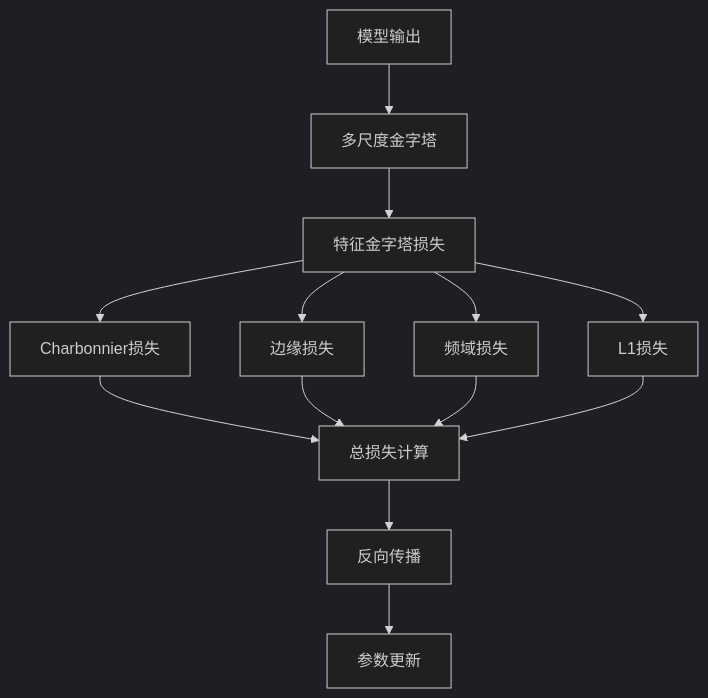
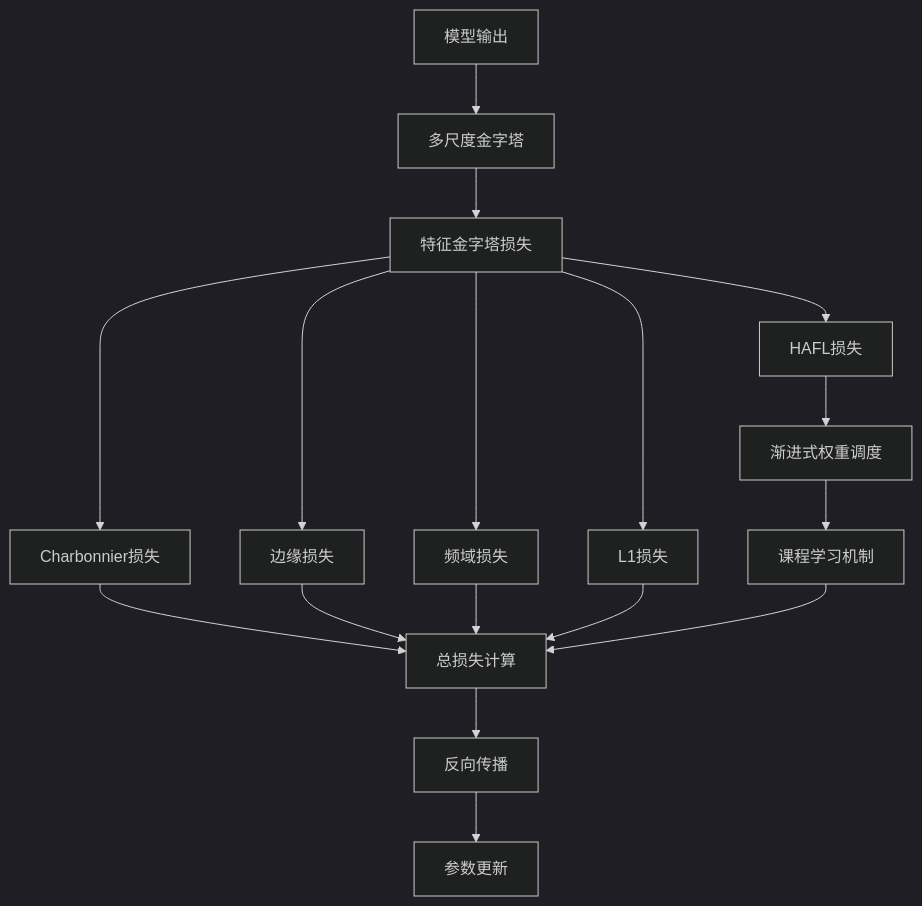
The third of 5 diagrams in .qoder/repowiki/zh/content/训练框架/训练脚本详解.md (MSan333/NeRD-Rain-main), drawn with Mermaid (dark theme) before and after one commit. The commit also changed other lines of this file and 26 other files, not shown here.

First line of the commit message:
docs: 添加答辩用架构图（8张HTML/SVG模块图）

````diff
--- a/.qoder/repowiki/zh/content/训练框架/训练脚本详解.md
+++ b/.qoder/repowiki/zh/content/训练框架/训练脚本详解.md
@@ -223,15 +315,19 @@
 ```mermaid
 flowchart TD
 A[模型输出] --> B[多尺度金字塔]
 B --> C[特征金字塔损失]
 C --> D[Charbonnier损失]
 C --> E[边缘损失]
 C --> F[频域损失]
 C --> G[L1损失]
-D --> H[总损失计算]
-E --> H
-F --> H
-G --> H
-H --> I[反向传播]
-I --> J[参数更新]
+C --> H[HAFL损失]
+H --> I[渐进式权重调度]
+I --> J[课程学习机制]
+D --> K[总损失计算]
+E --> K
+F --> K
+G --> K
+J --> K
+K --> L[反向传播]
+L --> M[参数更新]
 ```
````
